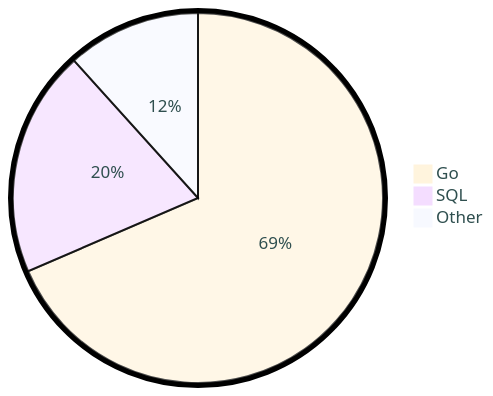
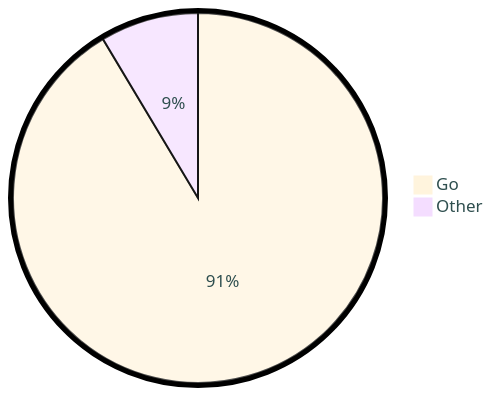
The diagram in README.md (tot0p/tot0p), drawn with Mermaid before and after one commit. The commit also changed other lines of this file, not shown here.

````diff
--- a/README.md
+++ b/README.md
@@ -78,7 +71,6 @@
 ```mermaid
 %%{init: {"pie": {"textPosition": 0.5}, "themeVariables": {"pieOuterStrokeWidth": "5px","primaryTextColor" : "#2F4F4F"},"theme":"base"} }%%
 pie
-	"Go": 68.51
-	"SQL": 19.79
-	"Other": 11.68
+	"Go": 91.43
+	"Other": 8.58
 ```
````
